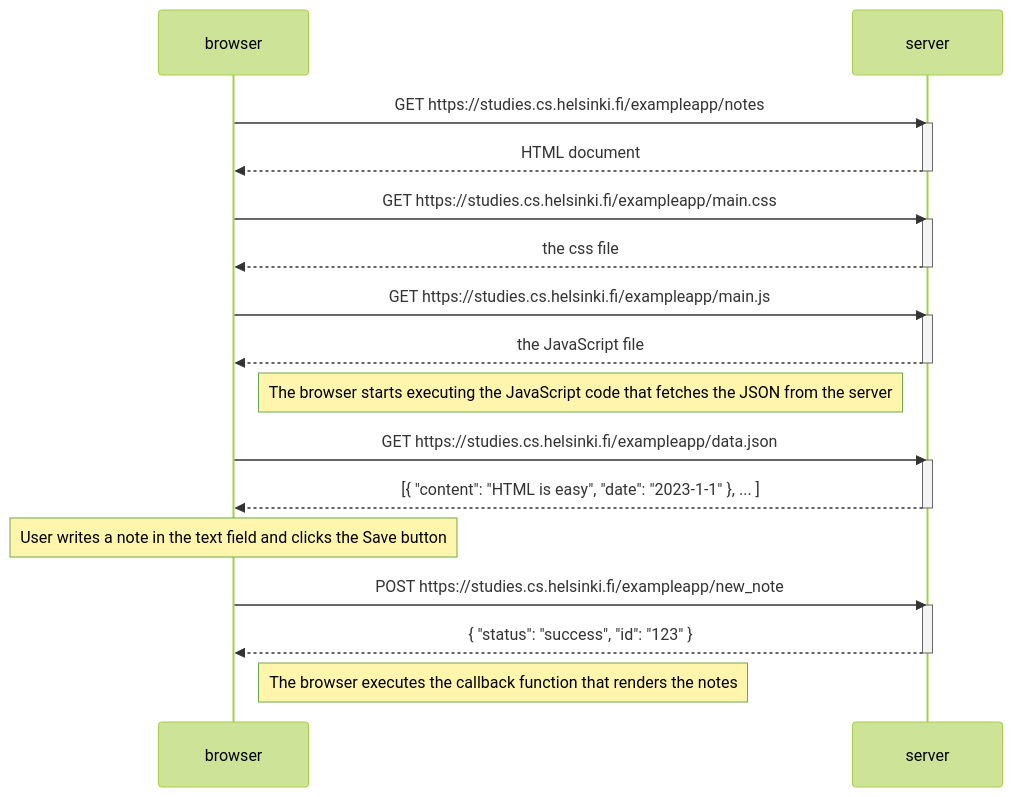
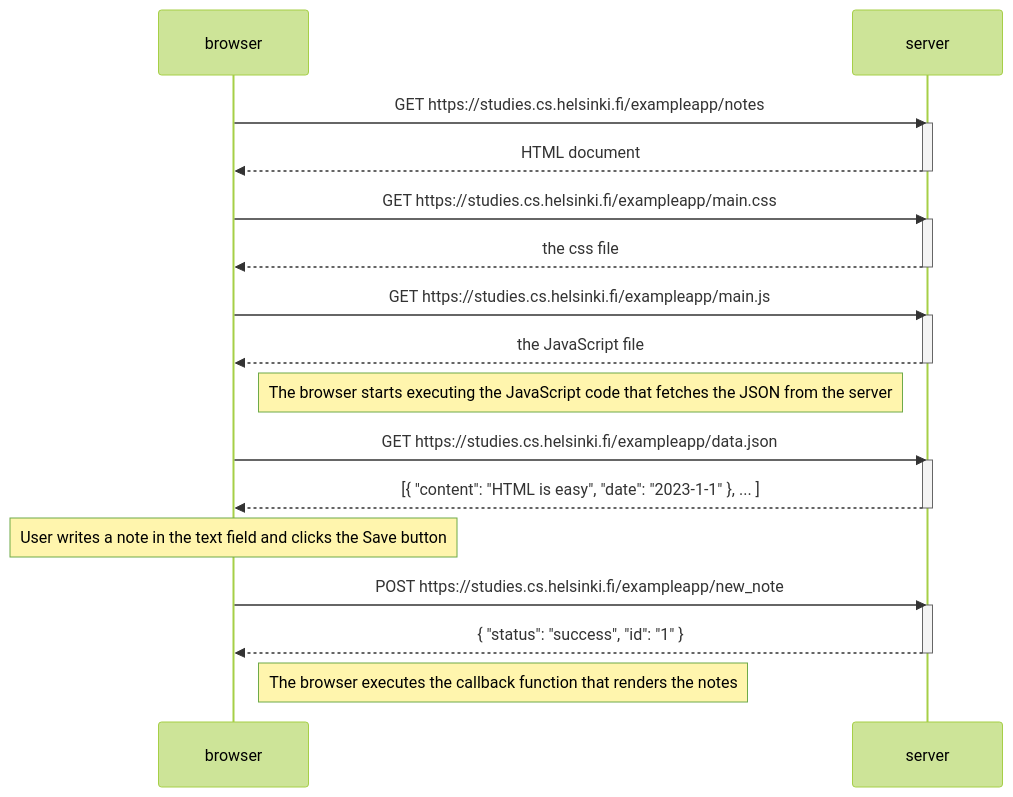
One commit to WitekDomina/fullstackopen_domina4c changed the diagram in part 0/04.md. Above: the diagram before and after it, drawn with Mermaid (forest theme). The commit also changed 1 other file, not shown here.

````diff
--- a/part 0/04.md
+++ b/part 0/04.md
@@ -1,37 +1,37 @@
 ```mermaid
 sequenceDiagram
     participant browser
     participant server
 
     browser->>server: GET https://studies.cs.helsinki.fi/exampleapp/notes
     activate server
     server-->>browser: HTML document
     deactivate server
 
     browser->>server: GET https://studies.cs.helsinki.fi/exampleapp/main.css
     activate server
     server-->>browser: the css file
     deactivate server
 
     browser->>server: GET https://studies.cs.helsinki.fi/exampleapp/main.js
     activate server
     server-->>browser: the JavaScript file
     deactivate server
 
     Note right of browser: The browser starts executing the JavaScript code that fetches the JSON from the server
 
     browser->>server: GET https://studies.cs.helsinki.fi/exampleapp/data.json
     activate server
     server-->>browser: [{ "content": "HTML is easy", "date": "2023-1-1" }, ... ]
     deactivate server
 
     Note over browser: User writes a note in the text field and clicks the Save button
 
     browser->>server: POST https://studies.cs.helsinki.fi/exampleapp/new_note
     activate server
-    server-->>browser: { "status": "success", "id": "123" }
+    server-->>browser: { "status": "success", "id": "1" }
     deactivate server
 
 
     Note right of browser: The browser executes the callback function that renders the notes
 ```
````
